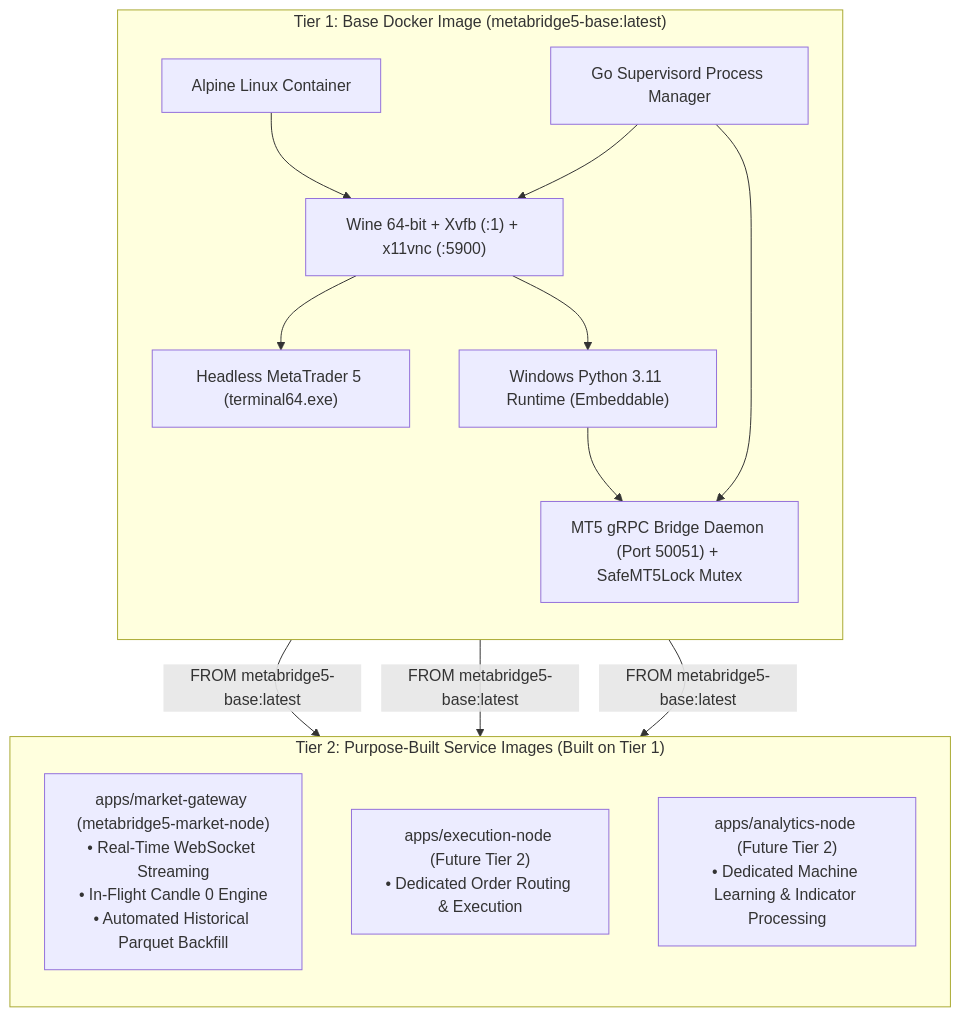
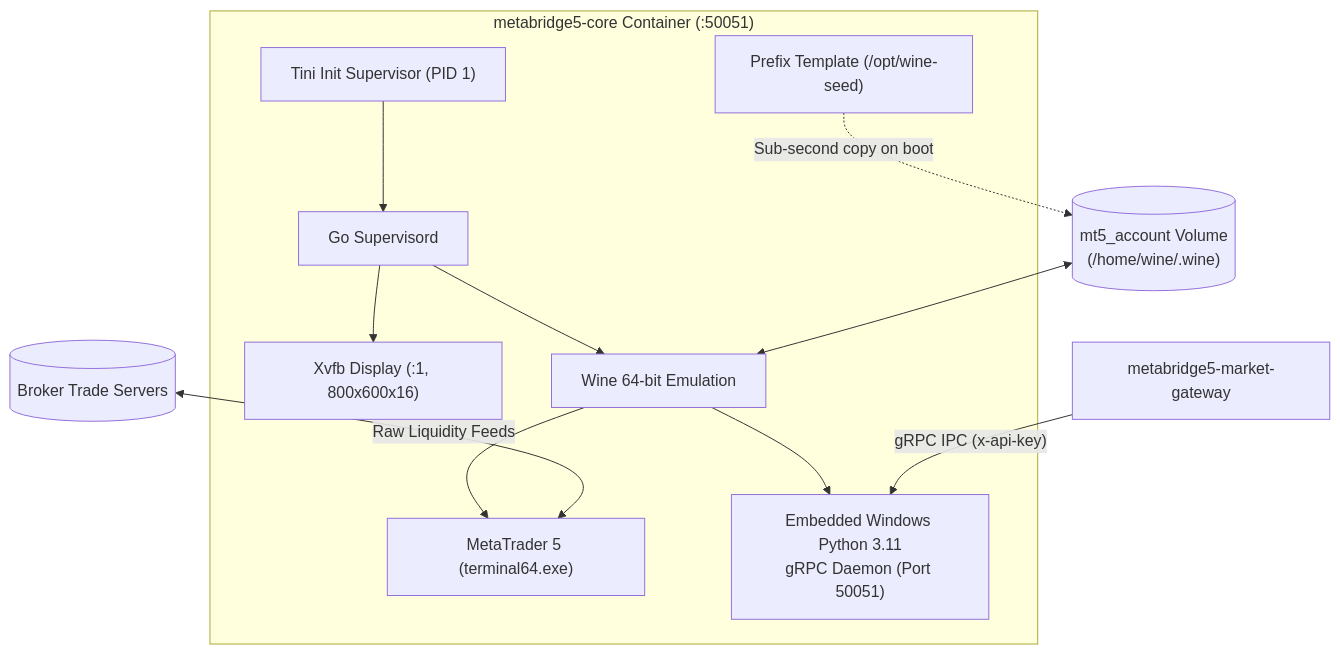
The first of 4 diagrams in docker/README.md (devffex/MetaBridge5), drawn with Mermaid before and after one commit. The commit also changed other lines of this file and 4 other files, not shown here.

First line of the commit message:
docs: document purpose-built container images and redesign root router readme

````diff
--- a/docker/README.md
+++ b/docker/README.md
@@ -13,30 +8,23 @@
 ```mermaid
 flowchart TD
-    subgraph Tier1 ["Tier 1: Base Docker Image (metabridge5-base:latest)"]
-        direction TB
-        AlpineOS["Alpine Linux Container"]
-        WineRuntime["Wine 64-bit + Xvfb (:1) + x11vnc (:5900)"]
-        MT5Terminal["Headless MetaTrader 5 (terminal64.exe)"]
-        WinPython["Windows Python 3.11 Runtime (Embeddable)"]
-        GRPCDaemon["MT5 gRPC Bridge Daemon (Port 50051) + SafeMT5Lock Mutex"]
-        GoSupervisor["Go Supervisord Process Manager"]
-        
-        AlpineOS --> WineRuntime
-        WineRuntime --> MT5Terminal
-        WineRuntime --> WinPython
-        WinPython --> GRPCDaemon
-        GoSupervisor --> WineRuntime
-        GoSupervisor --> GRPCDaemon
+    subgraph Container ["metabridge5-core Container (:50051)"]
+        Tini["Tini Init Supervisor (PID 1)"]
+        Supervisor["Go Supervisord"]
+        Xvfb["Xvfb Display (:1, 800x600x16)"]
+        Wine["Wine 64-bit Emulation"]
+        MT5["MetaTrader 5 (terminal64.exe)"]
+        PyDaemon["Embedded Windows Python 3.11\ngRPC Daemon (Port 50051)"]
+        Seed["Prefix Template (/opt/wine-seed)"]
+
+        Tini --> Supervisor
+        Supervisor --> Xvfb
+        Supervisor --> Wine
+        Wine --> MT5
+        Wine --> PyDaemon
     end
 
-    subgraph Tier2 ["Tier 2: Purpose-Built Service Images (Built on Tier 1)"]
-        direction TB
-        MarketNode["apps/market-gateway (metabridge5-market-node)<br/>• Real-Time WebSocket Streaming<br/>• In-Flight Candle 0 Engine<br/>• Automated Historical Parquet Backfill"]
-        FutureNode1["apps/execution-node (Future Tier 2)<br/>• Dedicated Order Routing & Execution"]
-        FutureNode2["apps/analytics-node (Future Tier 2)<br/>• Dedicated Machine Learning & Indicator Processing"]
-    end
-
-    Tier1 -->|"FROM metabridge5-base:latest"| MarketNode
-    Tier1 -->|"FROM metabridge5-base:latest"| FutureNode1
-    Tier1 -->|"FROM metabridge5-base:latest"| FutureNode2
+    Volume[("mt5_account Volume\n(/home/wine/.wine)")] <--> Wine
+    Broker[("Broker Trade Servers")] <-->|"Raw Liquidity Feeds"| MT5
+    Seed -.->|"Sub-second copy on boot"| Volume
+    Gateway["metabridge5-market-gateway"] -->|"gRPC IPC (x-api-key)"| PyDaemon
 ```
````
